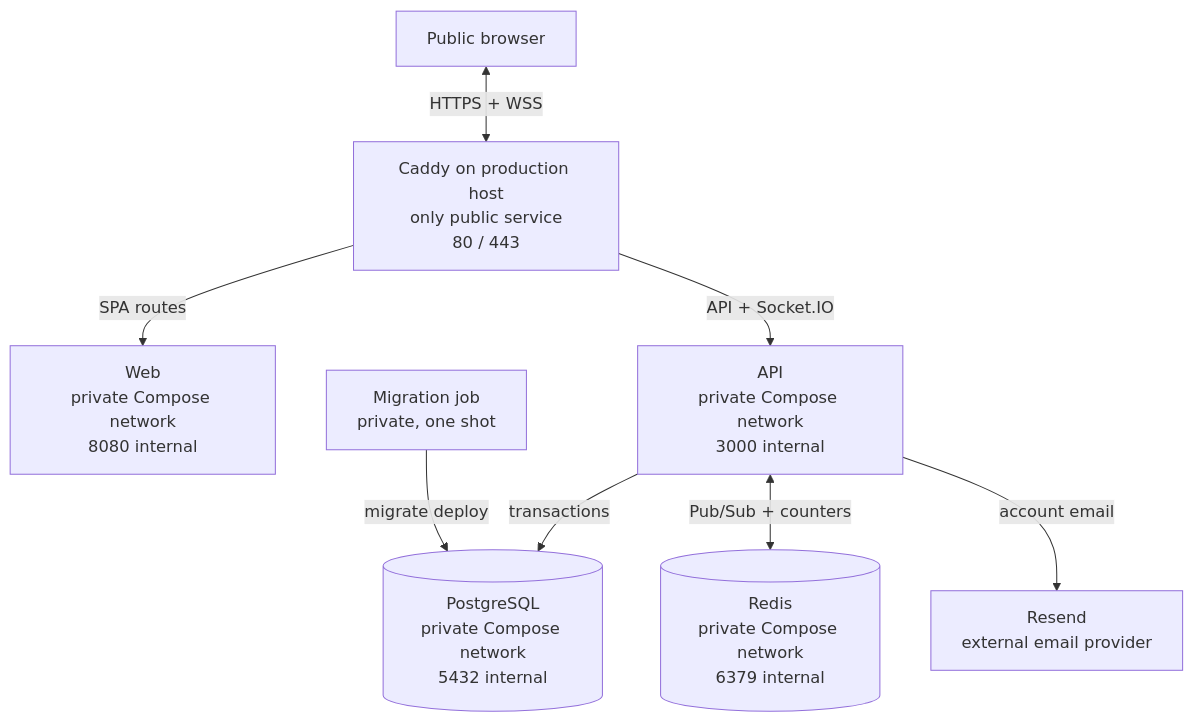
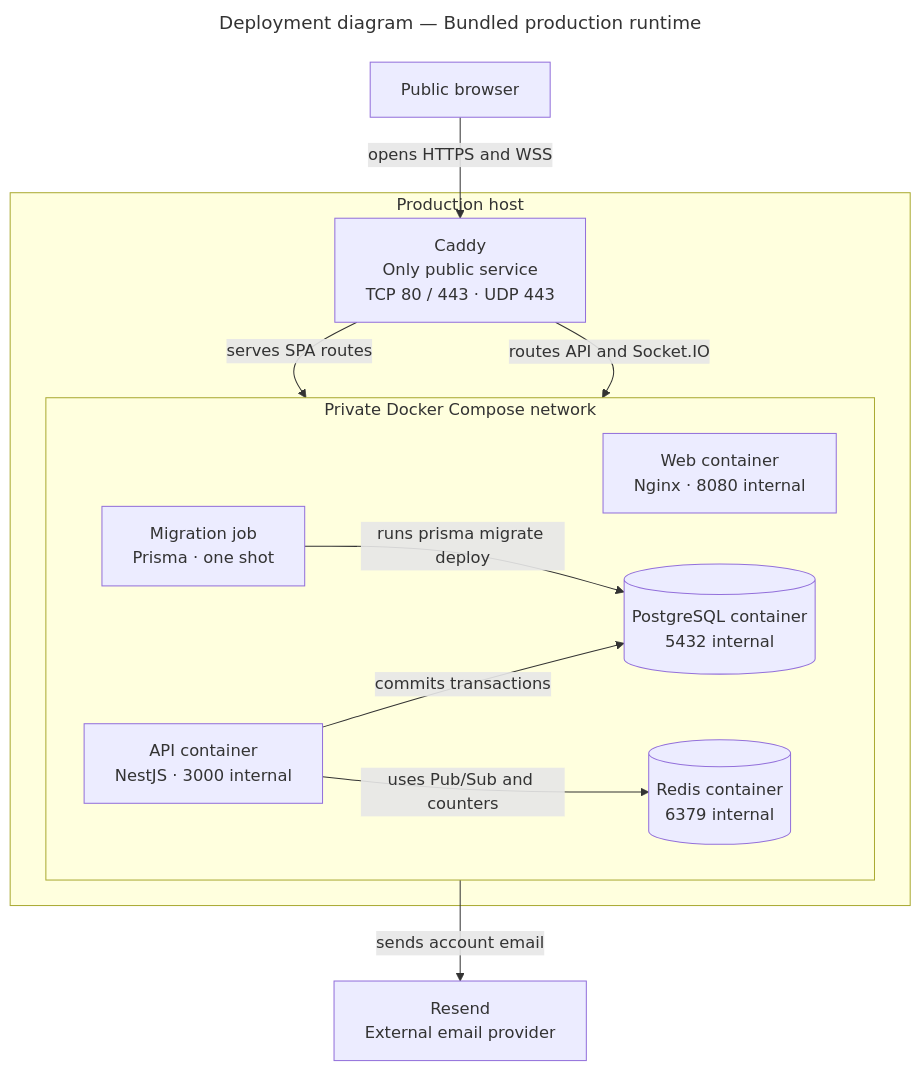
The diagram in docs/diagrams/source/production-runtime.mmd (santinomarial/Meridian), drawn with Mermaid before and after one commit. The commit also changed 62 other files, not shown here.

Commit message:
Perfect architecture diagrams and sizing

```diff
--- a/docs/diagrams/source/production-runtime.mmd
+++ b/docs/diagrams/source/production-runtime.mmd
@@ -1,17 +1,28 @@
+---
+title: Deployment diagram — Bundled production runtime
+---
 flowchart TB
     Browser["Public browser"]
-    Caddy["Caddy on production host<br/>only public service<br/>80 / 443"]
-    Web["Web<br/>private Compose network<br/>8080 internal"]
-    API["API<br/>private Compose network<br/>3000 internal"]
-    Migrate["Migration job<br/>private, one shot"]
-    PG[("PostgreSQL<br/>private Compose network<br/>5432 internal")]
-    Redis[("Redis<br/>private Compose network<br/>6379 internal")]
-    Mail["Resend<br/>external email provider"]
+    Mail["Resend<br/>External email provider"]
 
-    Browser <-->|"HTTPS + WSS"| Caddy
-    Caddy -->|"SPA routes"| Web
-    Caddy -->|"API + Socket.IO"| API
-    Migrate -->|"migrate deploy"| PG
-    API -->|"transactions"| PG
-    API <-->|"Pub/Sub + counters"| Redis
-    API -->|"account email"| Mail
+    subgraph Host["Production host"]
+        Caddy["Caddy<br/>Only public service<br/>TCP 80 / 443 · UDP 443"]
+
+        subgraph Network["Private Docker Compose network"]
+            direction LR
+            Web["Web container<br/>Nginx · 8080 internal"]
+            API["API container<br/>NestJS · 3000 internal"]
+            Migrate["Migration job<br/>Prisma · one shot"]
+            PG[("PostgreSQL container<br/>5432 internal")]
+            Redis[("Redis container<br/>6379 internal")]
+        end
+
+        Caddy -->|"serves SPA routes"| Web
+        Caddy -->|"routes API and Socket.IO"| API
+        Migrate -->|"runs prisma migrate deploy"| PG
+        API -->|"commits transactions"| PG
+        API -->|"uses Pub/Sub and counters"| Redis
+    end
+
+    Browser -->|"opens HTTPS and WSS"| Caddy
+    API -->|"sends account email"| Mail
```
